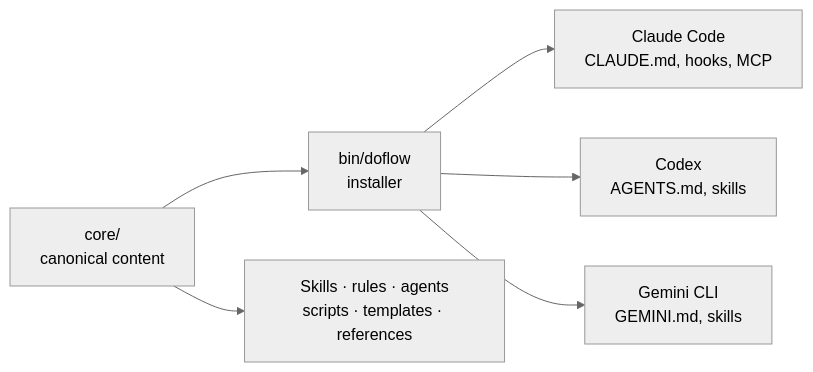
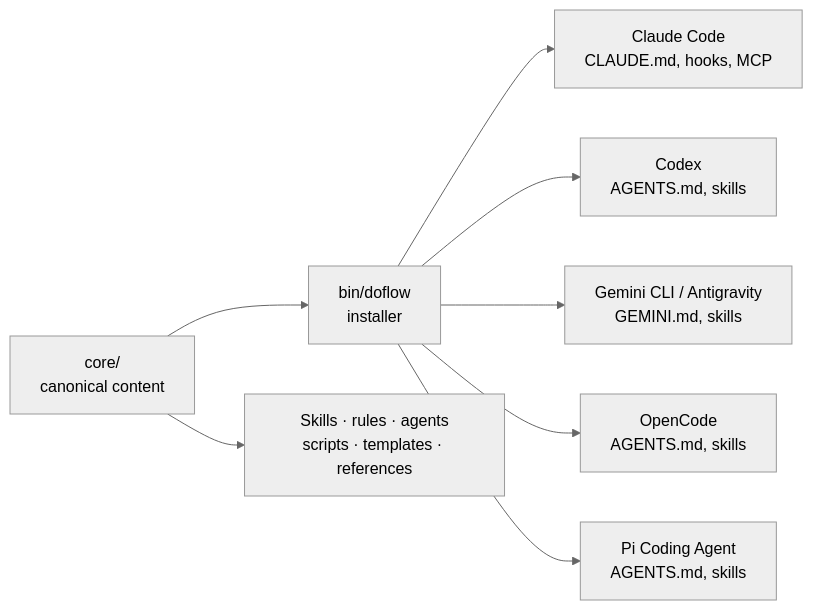
Before and after one commit to khoavu882/do-flow: the first of 4 diagrams in docs/overview.md, drawn with Mermaid (neutral theme). The commit also changed other lines of this file and 4 other files, not shown here.

````diff
--- a/docs/overview.md
+++ b/docs/overview.md
@@ -7,8 +7,10 @@
 ```mermaid
 flowchart LR
     Core[core/\ncanonical content] --> Installer[bin/doflow\ninstaller]
     Installer --> Claude[Claude Code\nCLAUDE.md, hooks, MCP]
     Installer --> Codex[Codex\nAGENTS.md, skills]
-    Installer --> Gemini[Gemini CLI\nGEMINI.md, skills]
+    Installer --> Gemini[Gemini CLI / Antigravity\nGEMINI.md, skills]
+    Installer --> OpenCode[OpenCode\nAGENTS.md, skills]
+    Installer --> Pi[Pi Coding Agent\nAGENTS.md, skills]
     Core --> Content[Skills · rules · agents\nscripts · templates · references]
 ```
````
